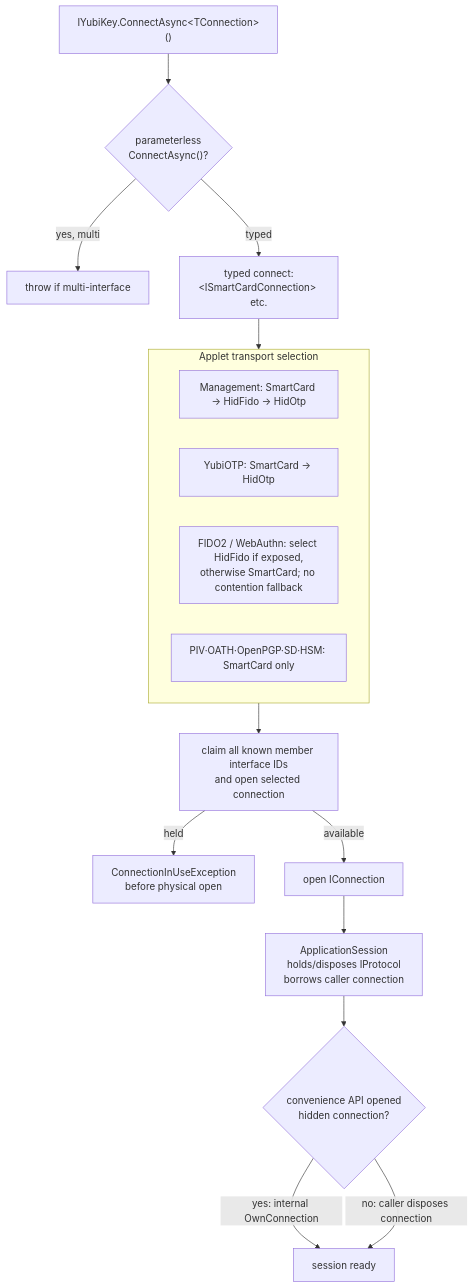
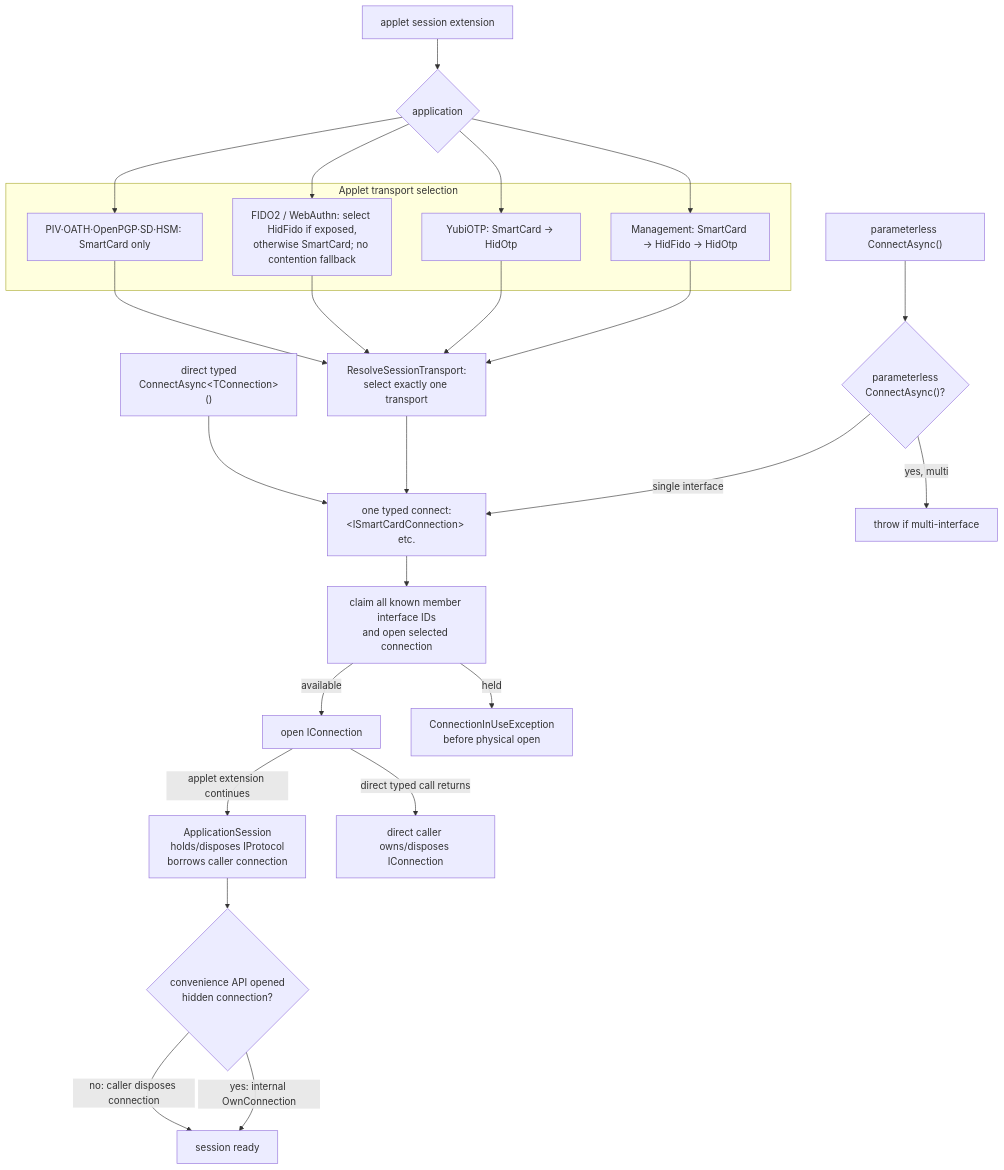
Before and after one commit to Yubico/Yubico.NET.SDK: the seventh of 7 diagrams in docs/architecture/sdk-architecture-diagrams.md, drawn with Mermaid. The commit also changed 4 other files, not shown here.

Commit message:
docs(architecture): separate direct and applet connection paths

````diff
--- a/docs/architecture/sdk-architecture-diagrams.md
+++ b/docs/architecture/sdk-architecture-diagrams.md
@@ -325,32 +325,45 @@
 ```mermaid
 flowchart TD
-    Dev["IYubiKey.ConnectAsync&lt;TConnection&gt;()"]
+    Direct["direct typed<br/>ConnectAsync&lt;TConnection&gt;()"]
+    Default["parameterless ConnectAsync()"]
     Q{"parameterless<br/>ConnectAsync()?"}
     Throw["throw if multi-interface"]
-    Typed["typed connect:<br/>&lt;ISmartCardConnection&gt; etc."]
+    Typed["one typed connect:<br/>&lt;ISmartCardConnection&gt; etc."]
+    AppletEntry["applet session extension"]
+    AppletKind{"application"}
 
     subgraph Applet["Applet transport selection"]
         M["Management: SmartCard → HidFido → HidOtp"]
         O["YubiOTP: SmartCard → HidOtp"]
         F["FIDO2 / WebAuthn: select HidFido if exposed,<br/>otherwise SmartCard; no contention fallback"]
         S["PIV·OATH·OpenPGP·SD·HSM: SmartCard only"]
     end
 
+    Select["ResolveSessionTransport:<br/>select exactly one transport"]
     Attempt["claim all known member interface IDs<br/>and open selected connection"]
     Refuse["ConnectionInUseException<br/>before physical open"]
     Conn["open IConnection"]
+    Caller["direct caller owns/disposes IConnection"]
     Session["ApplicationSession<br/>holds/disposes IProtocol<br/>borrows caller connection"]
     Own{"convenience API opened<br/>hidden connection?"}
     Ready["session ready"]
 
-    Dev --> Q
+    Direct --> Typed
+    Default --> Q
     Q -->|yes, multi| Throw
-    Q -->|typed| Typed
-    Typed --> Applet
-    Applet --> Attempt
+    Q -->|single interface| Typed
+    AppletEntry --> AppletKind
+    AppletKind --> M
+    AppletKind --> O
+    AppletKind --> F
+    AppletKind --> S
+    M & O & F & S --> Select
+    Select --> Typed
+    Typed --> Attempt
     Attempt -->|held| Refuse
     Attempt -->|available| Conn
-    Conn --> Session --> Own
+    Conn -->|direct typed call returns| Caller
+    Conn -->|applet extension continues| Session --> Own
     Own -->|yes: internal OwnConnection| Ready
     Own -->|no: caller disposes connection| Ready
 ```
````
